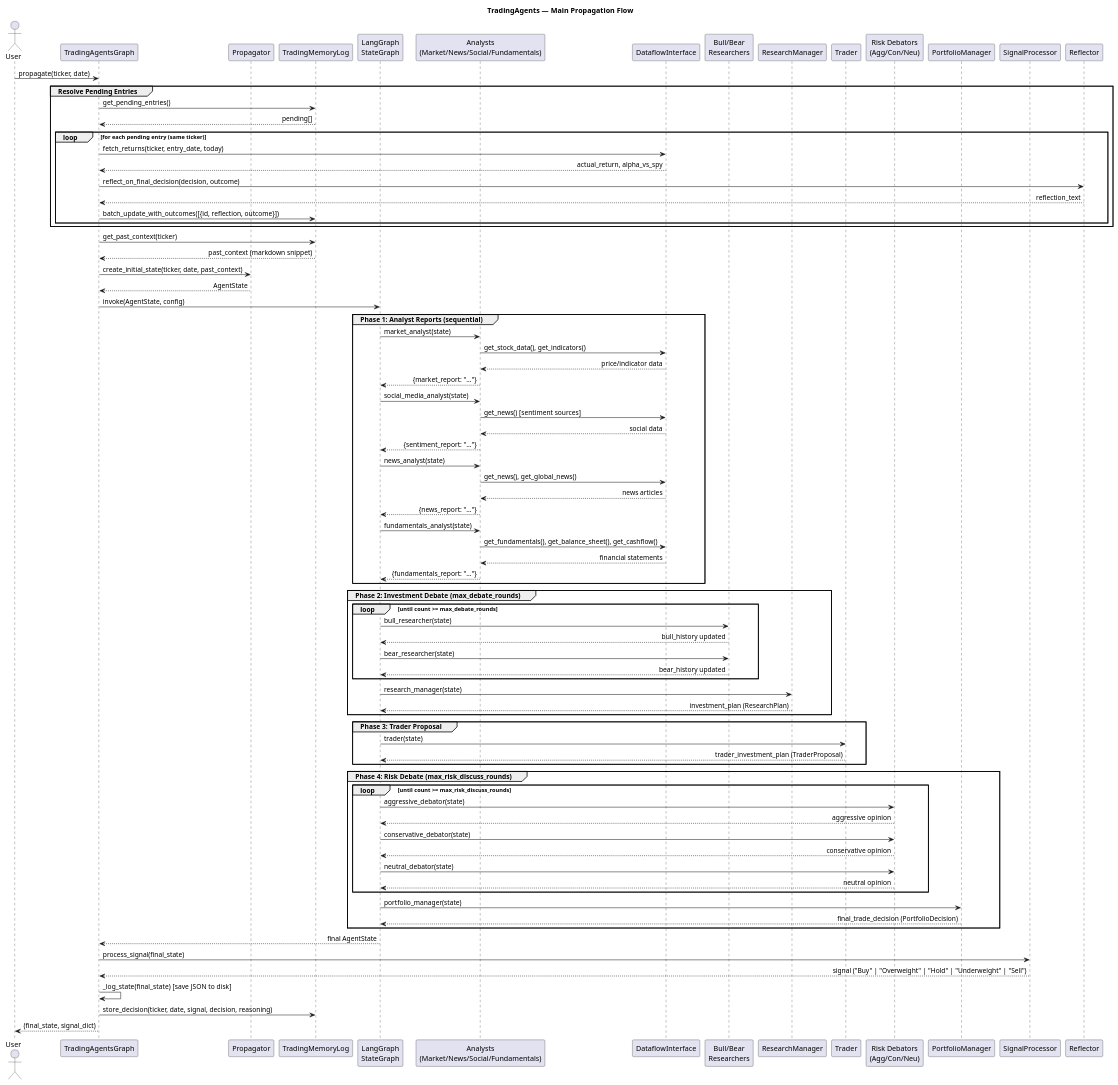
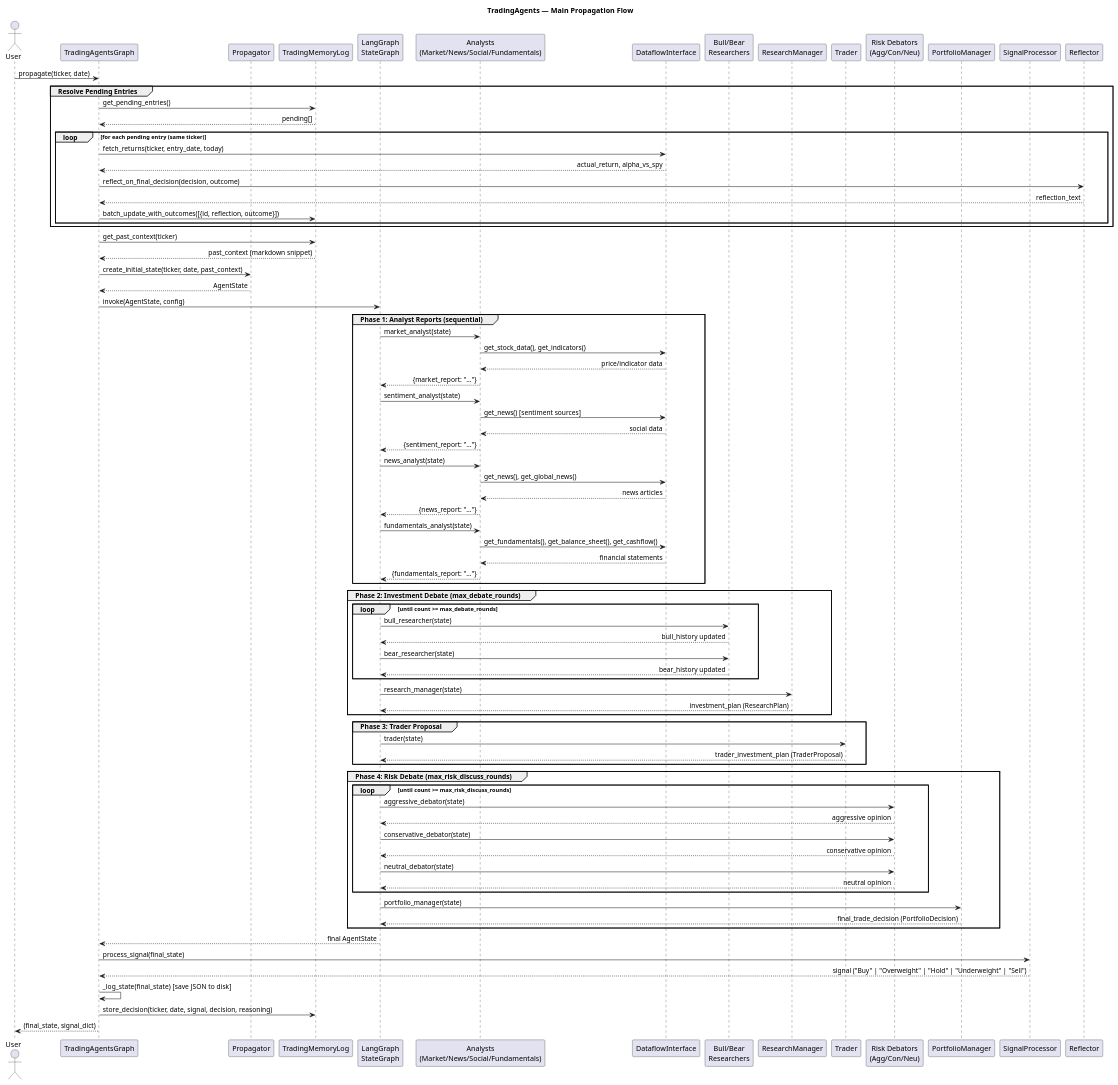
Before and after one commit to Franklin-Digital/TradingAgents: the diagram in docs/uml/03_sequence_propagate.puml, drawn with PlantUML. The commit also changed 3 other files, not shown here.

First line of the commit message:
docs(uml): rename social_media_analyst node to sentiment_analyst (#16)

```diff
--- a/docs/uml/03_sequence_propagate.puml
+++ b/docs/uml/03_sequence_propagate.puml
@@ -1,105 +1,105 @@
 @startuml Sequence – propagate()
 title TradingAgents — Main Propagation Flow
 
 skinparam sequenceMessageAlign direction
 skinparam responseMessageBelowArrow true
 
 actor User
 participant "TradingAgentsGraph" as TAG
 participant "Propagator" as PROP
 participant "TradingMemoryLog" as MEM
 participant "LangGraph\nStateGraph" as GRAPH
 participant "Analysts\n(Market/News/Social/Fundamentals)" as ANALYSTS
 participant "DataflowInterface" as DI
 participant "Bull/Bear\nResearchers" as DEBATE
 participant "ResearchManager" as RM
 participant "Trader" as TR
 participant "Risk Debators\n(Agg/Con/Neu)" as RISK
 participant "PortfolioManager" as PM
 participant "SignalProcessor" as SP
 participant "Reflector" as REF
 
 User -> TAG : propagate(ticker, date)
 
 group Resolve Pending Entries
   TAG -> MEM : get_pending_entries()
   MEM --> TAG : pending[]
   loop for each pending entry (same ticker)
     TAG -> DI : fetch_returns(ticker, entry_date, today)
     DI --> TAG : actual_return, alpha_vs_spy
     TAG -> REF : reflect_on_final_decision(decision, outcome)
     REF --> TAG : reflection_text
     TAG -> MEM : batch_update_with_outcomes([{id, reflection, outcome}])
   end
 end
 
 TAG -> MEM : get_past_context(ticker)
 MEM --> TAG : past_context (markdown snippet)
 
 TAG -> PROP : create_initial_state(ticker, date, past_context)
 PROP --> TAG : AgentState
 
 TAG -> GRAPH : invoke(AgentState, config)
 
 group Phase 1: Analyst Reports (sequential)
   GRAPH -> ANALYSTS : market_analyst(state)
   ANALYSTS -> DI : get_stock_data(), get_indicators()
   DI --> ANALYSTS : price/indicator data
   ANALYSTS --> GRAPH : {market_report: "..."}
 
-  GRAPH -> ANALYSTS : social_media_analyst(state)
+  GRAPH -> ANALYSTS : sentiment_analyst(state)
   ANALYSTS -> DI : get_news() [sentiment sources]
   DI --> ANALYSTS : social data
   ANALYSTS --> GRAPH : {sentiment_report: "..."}
 
   GRAPH -> ANALYSTS : news_analyst(state)
   ANALYSTS -> DI : get_news(), get_global_news()
   DI --> ANALYSTS : news articles
   ANALYSTS --> GRAPH : {news_report: "..."}
 
   GRAPH -> ANALYSTS : fundamentals_analyst(state)
   ANALYSTS -> DI : get_fundamentals(), get_balance_sheet(), get_cashflow()
   DI --> ANALYSTS : financial statements
   ANALYSTS --> GRAPH : {fundamentals_report: "..."}
 end
 
 group Phase 2: Investment Debate (max_debate_rounds)
   loop until count >= max_debate_rounds
     GRAPH -> DEBATE : bull_researcher(state)
     DEBATE --> GRAPH : bull_history updated
     GRAPH -> DEBATE : bear_researcher(state)
     DEBATE --> GRAPH : bear_history updated
   end
   GRAPH -> RM : research_manager(state)
   RM --> GRAPH : investment_plan (ResearchPlan)
 end
 
 group Phase 3: Trader Proposal
   GRAPH -> TR : trader(state)
   TR --> GRAPH : trader_investment_plan (TraderProposal)
 end
 
 group Phase 4: Risk Debate (max_risk_discuss_rounds)
   loop until count >= max_risk_discuss_rounds
     GRAPH -> RISK : aggressive_debator(state)
     RISK --> GRAPH : aggressive opinion
     GRAPH -> RISK : conservative_debator(state)
     RISK --> GRAPH : conservative opinion
     GRAPH -> RISK : neutral_debator(state)
     RISK --> GRAPH : neutral opinion
   end
   GRAPH -> PM : portfolio_manager(state)
   PM --> GRAPH : final_trade_decision (PortfolioDecision)
 end
 
 GRAPH --> TAG : final AgentState
 
 TAG -> SP : process_signal(final_state)
 SP --> TAG : signal ("Buy" | "Overweight" | "Hold" | "Underweight" | "Sell")
 
 TAG -> TAG : _log_state(final_state)  [save JSON to disk]
 TAG -> MEM : store_decision(ticker, date, signal, decision, reasoning)
 
 TAG --> User : (final_state, signal_dict)
 
 @enduml
```
